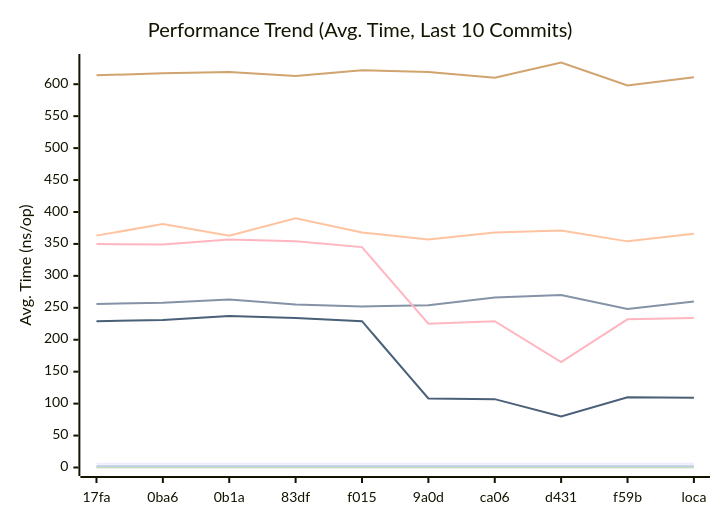
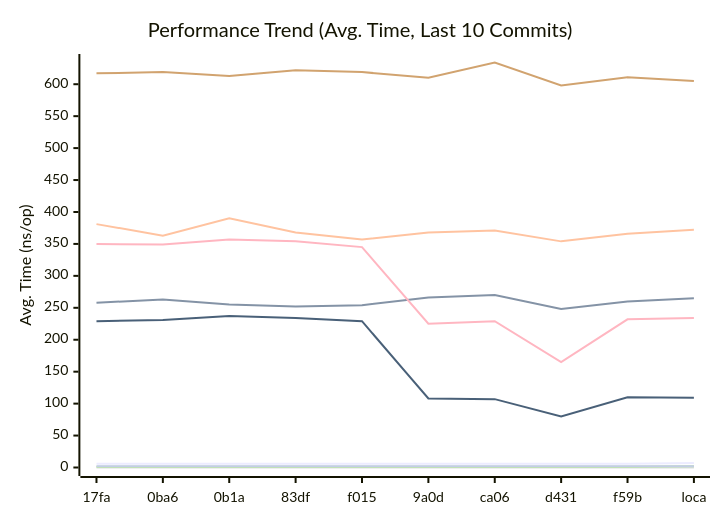
One commit to alsotoes/momo changed the first of 3 diagrams in docs/PERFORMANCE.md. Above: the diagram before and after it, drawn with Mermaid. The commit also changed other lines of this file and 18 other files, not shown here.

````diff
--- a/docs/PERFORMANCE.md
+++ b/docs/PERFORMANCE.md
@@ -80,16 +80,16 @@
 ```mermaid
 xychart-beta
     title "Performance Trend (Avg. Time, Last 10 Commits)"
     x-axis "Commit"
     y-axis "Avg. Time (ns/op)"
     x-axis [17fa,0ba6,0b1a,83df,f015,9a0d,ca06,d431,f59b,loca]
-    line "CheckMetricsAndSwap" [6,6,6,6,6,6,6,6,6,6]
-    line "CrushOptimized" [256,258,263,255,252,254,266,270,248,260]
-    line "CrushOriginal" [363,381,363,390,368,357,368,371,354,366]
+    line "CheckMetricsAndSwap" [6,6,6,6,6,6,6,6,6,7]
+    line "CrushOptimized" [258,263,255,252,254,266,270,248,260,265]
+    line "CrushOriginal" [381,363,390,368,357,368,371,354,366,372]
     line "IndexDirectTracking" [0,0,0,0,0,0,0,0,0,0]
-    line "IndexSearch" [1,1,1,1,1,1,1,1,1,1]
-    line "LoadGlobalConfig" [614,617,619,613,622,619,610,634,598,611]
+    line "IndexSearch" [1,1,1,1,1,1,1,1,1,2]
+    line "LoadGlobalConfig" [617,619,613,622,619,610,634,598,611,605]
     line "PadString" [2,2,2,2,2,2,2,2,2,2]
     line "ParseReplicationOrder_NoPrealloc" [350,349,357,354,345,225,229,165,232,234]
     line "ParseReplicationOrder_Prealloc" [229,231,237,234,229,108,107,80,110,109]
 ```
````
